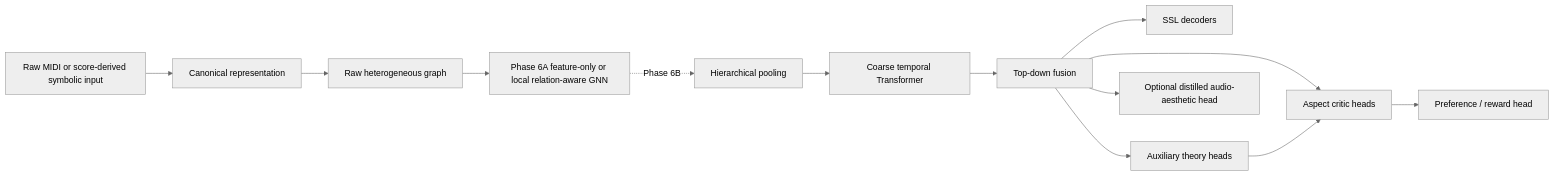
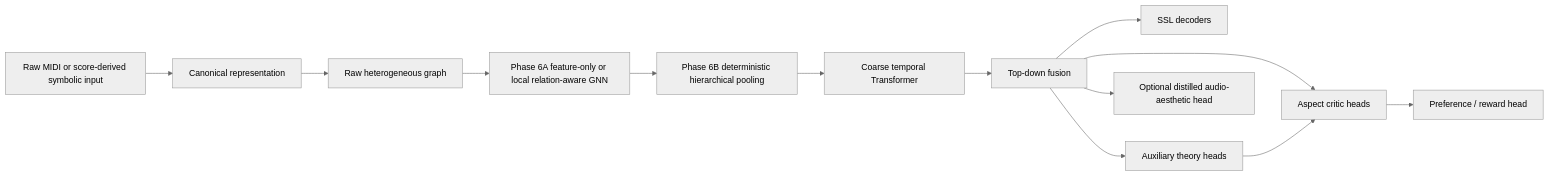
One commit to nairary/music_critic_v2 changed the diagram in docs/ARCHITECTURE.md. Above: the diagram before and after it, drawn with Mermaid (neutral theme). The commit also changed other lines of this file and 19 other files, not shown here.

````diff
--- a/docs/ARCHITECTURE.md
+++ b/docs/ARCHITECTURE.md
@@ -9,15 +10,15 @@
 ```mermaid
 flowchart LR
     A[Raw MIDI or score-derived symbolic input] --> B[Canonical representation]
     B --> C[Raw heterogeneous graph]
     C --> D[Phase 6A feature-only or local relation-aware GNN]
-    D -. Phase 6B .-> E[Hierarchical pooling]
+    D --> E[Phase 6B deterministic hierarchical pooling]
     E --> F[Coarse temporal Transformer]
     F --> G[Top-down fusion]
     G --> H[SSL decoders]
     G --> I[Auxiliary theory heads]
     G --> J[Aspect critic heads]
     I --> J
     J --> K[Preference / reward head]
     G --> L[Optional distilled audio-aesthetic head]
 ```
````
